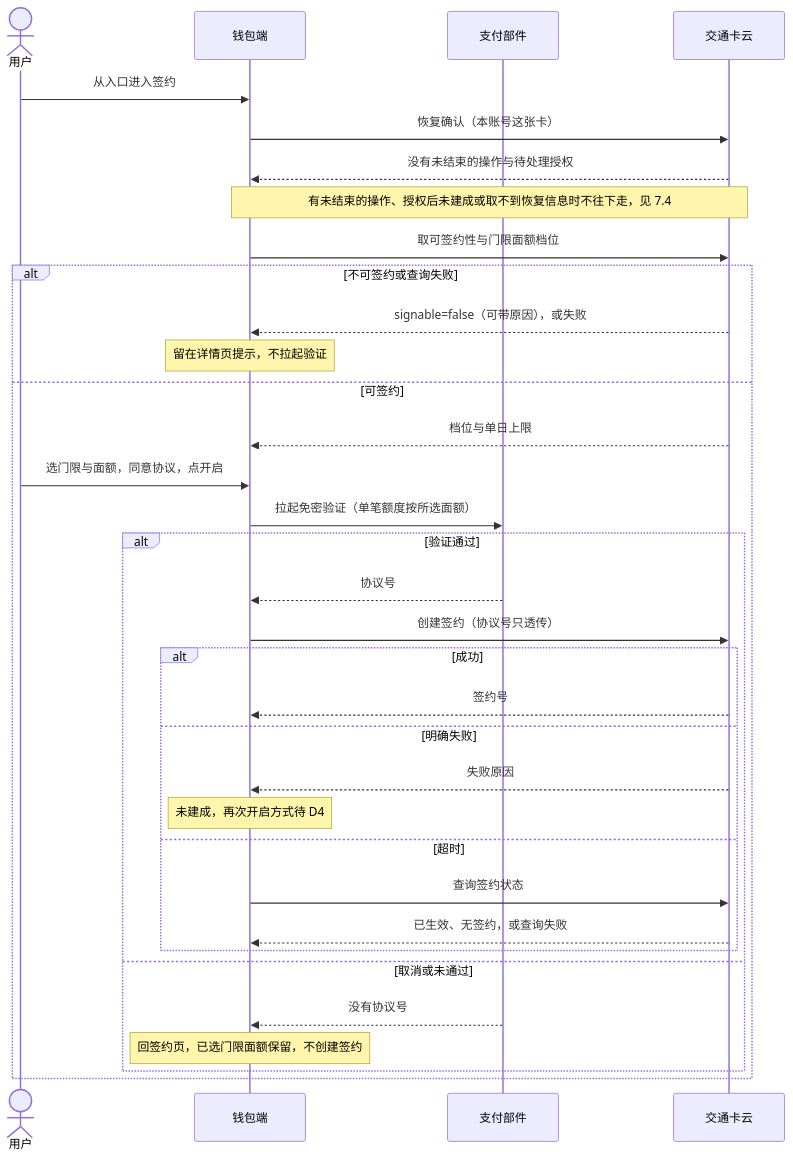
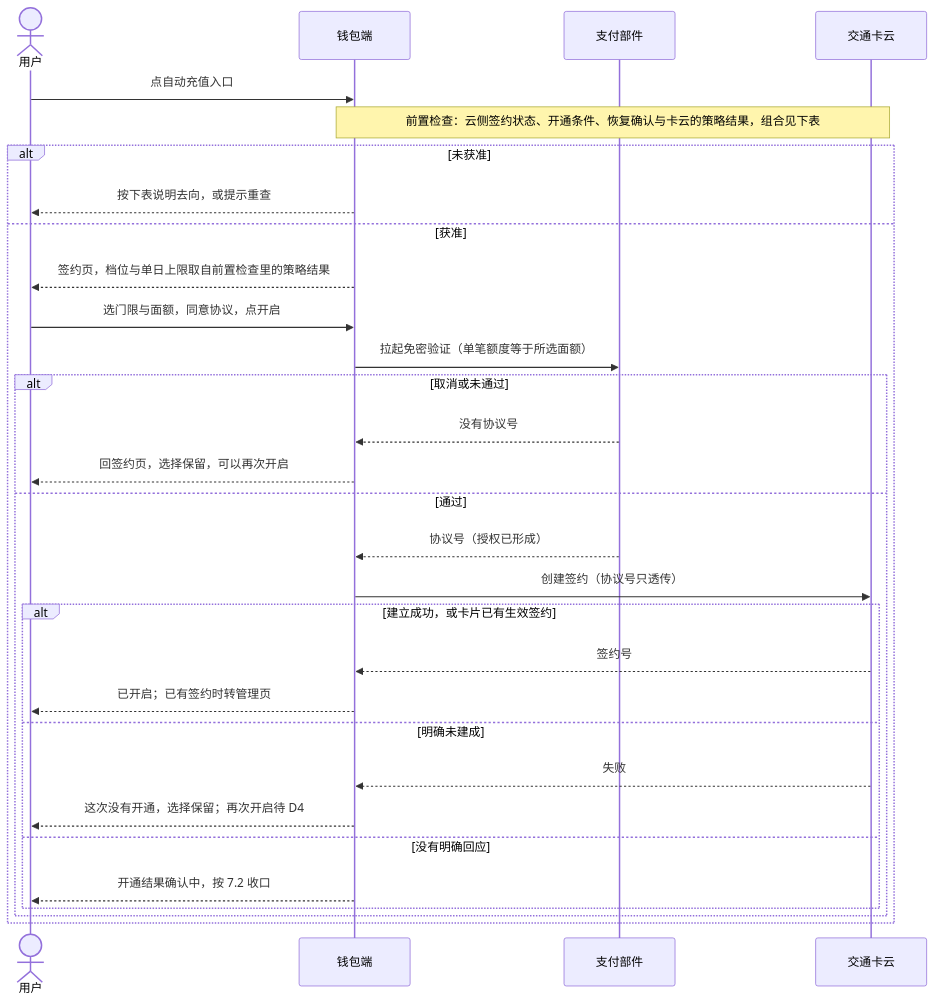
One commit to sqsqsq/SimulatedWalletForHmos changed the first of 3 diagrams in doc/plan/1.9.9/金样候选/auto-topup/AR/story.md. Above: the diagram before and after it, drawn with Mermaid. The commit also changed other lines of this file and 38 other files, not shown here.

````diff
--- a/doc/plan/1.9.9/金样候选/auto-topup/AR/story.md
+++ b/doc/plan/1.9.9/金样候选/auto-topup/AR/story.md
@@ -209,36 +131,34 @@
 ```mermaid
+%% 图源 SR §1 #1
+%% 图源 spec §5.1 #1
 sequenceDiagram
   actor U as 用户
   participant W as 钱包端
   participant P as 支付部件
   participant C as 交通卡云
-  U->>W: 从入口进入签约
-  W->>C: 恢复确认（本账号这张卡）
-  C-->>W: 没有未结束的操作与待处理授权
-  Note over W,C: 有未结束的操作、授权后未建成或取不到恢复信息时不往下走，见 7.4
-  W->>C: 取可签约性与门限面额档位
-  alt 不可签约或查询失败
-    C-->>W: signable=false（可带原因），或失败
-    Note over W: 留在详情页提示，不拉起验证
-  else 可签约
-    C-->>W: 档位与单日上限
+  U->>W: 点自动充值入口
+  Note over W,C: 前置检查：云侧签约状态、开通条件、恢复确认与卡云的策略结果，组合见下表
+  alt 未获准
+    W-->>U: 按下表说明去向，或提示重查
+  else 获准
+    W-->>U: 签约页，档位与单日上限取自前置检查里的策略结果
     U->>W: 选门限与面额，同意协议，点开启
-    W->>P: 拉起免密验证（单笔额度按所选面额）
-    alt 验证通过
-      P-->>W: 协议号
+    W->>P: 拉起免密验证（单笔额度等于所选面额）
+    alt 取消或未通过
+      P-->>W: 没有协议号
+      W-->>U: 回签约页，选择保留，可以再次开启
+    else 通过
+      P-->>W: 协议号（授权已形成）
       W->>C: 创建签约（协议号只透传）
-      alt 成功
+      alt 建立成功，或卡片已有生效签约
         C-->>W: 签约号
-      else 明确失败
-        C-->>W: 失败原因
-        Note over W: 未建成，再次开启方式待 D4
-      else 超时
-        W->>C: 查询签约状态
-        C-->>W: 已生效、无签约，或查询失败
+        W-->>U: 已开启；已有签约时转管理页
+      else 明确未建成
+        C-->>W: 失败
+        W-->>U: 这次没有开通，选择保留；再次开启待 D4
+      else 没有明确回应
+        W-->>U: 开通结果确认中，按 7.2 收口
       end
-    else 取消或未通过
-      P-->>W: 没有协议号
-      Note over W: 回签约页，已选门限面额保留，不创建签约
     end
   end
 ```
````
